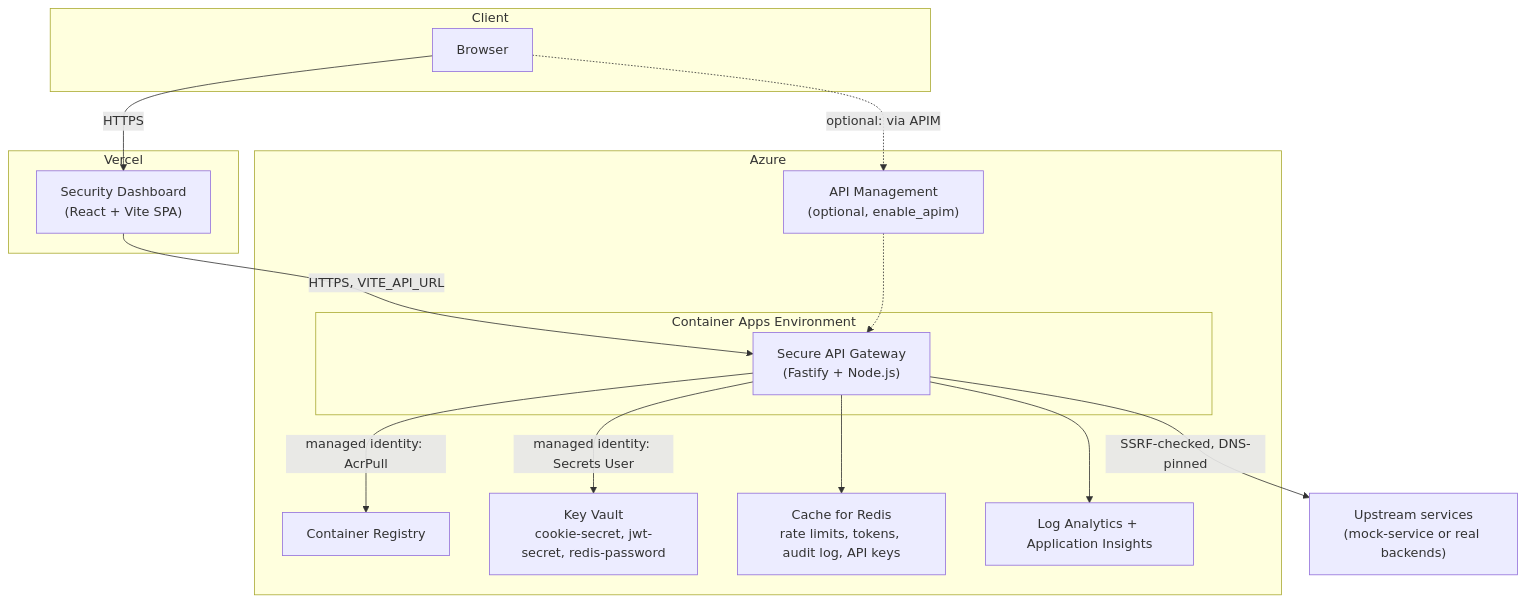
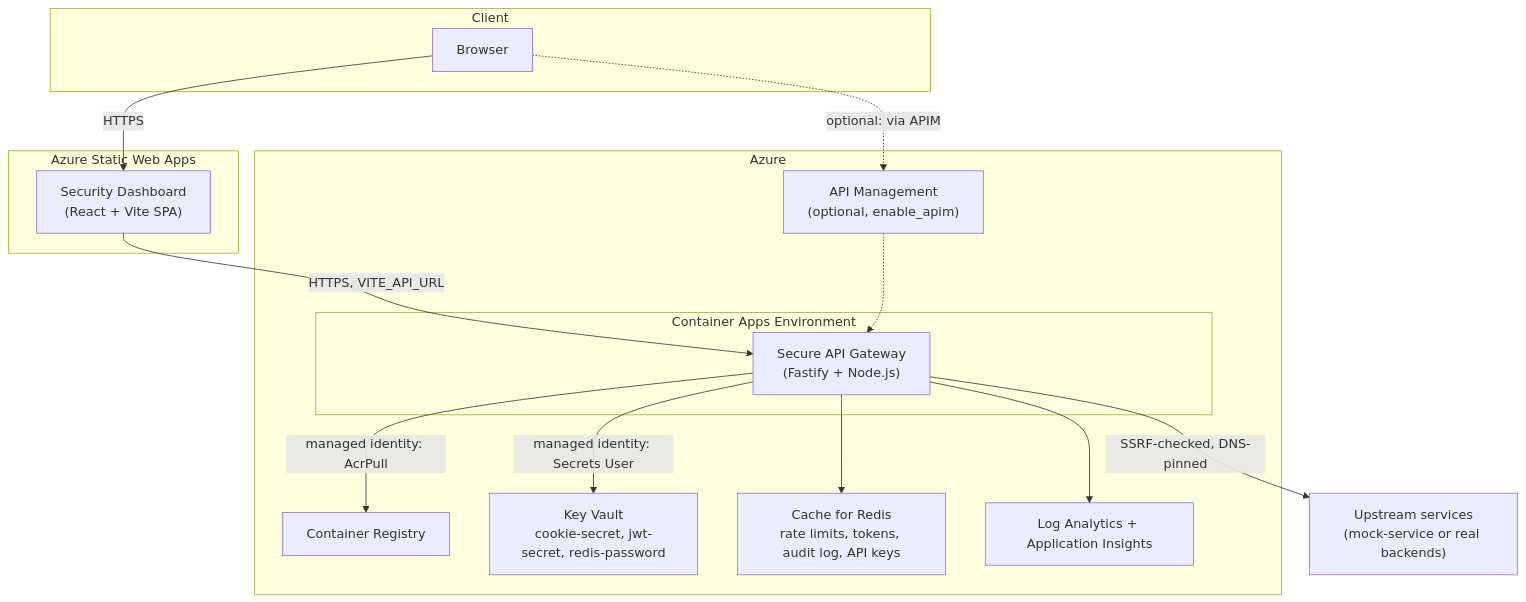
Before and after one commit to jasonachkar/secure-api-gateway: the diagram in docs/ARCHITECTURE.md, drawn with Mermaid. The commit also changed other lines of this file and 79 other files, not shown here.

````diff
--- a/docs/ARCHITECTURE.md
+++ b/docs/ARCHITECTURE.md
@@ -5,33 +5,33 @@
 ```mermaid
 flowchart TB
     subgraph Client
         Browser["Browser"]
     end
 
-    subgraph Vercel["Vercel"]
+    subgraph SWA["Azure Static Web Apps"]
         Dashboard["Security Dashboard\n(React + Vite SPA)"]
     end
 
     subgraph Azure["Azure"]
         subgraph ACA["Container Apps Environment"]
             Gateway["Secure API Gateway\n(Fastify + Node.js)"]
         end
         ACR["Container Registry"]
         KV["Key Vault\ncookie-secret, jwt-secret, redis-password"]
         Redis["Cache for Redis\nrate limits, tokens, audit log, API keys"]
         LAW["Log Analytics + Application Insights"]
         APIM["API Management\n(optional, enable_apim)"]
     end
 
     Upstream["Upstream services\n(mock-service or real backends)"]
 
     Browser -->|HTTPS| Dashboard
     Dashboard -->|HTTPS, VITE_API_URL| Gateway
     Browser -.->|optional: via APIM| APIM
     APIM -.-> Gateway
     Gateway -->|managed identity: AcrPull| ACR
     Gateway -->|managed identity: Secrets User| KV
     Gateway --> Redis
     Gateway --> LAW
     Gateway -->|SSRF-checked, DNS-pinned| Upstream
 ```
````
